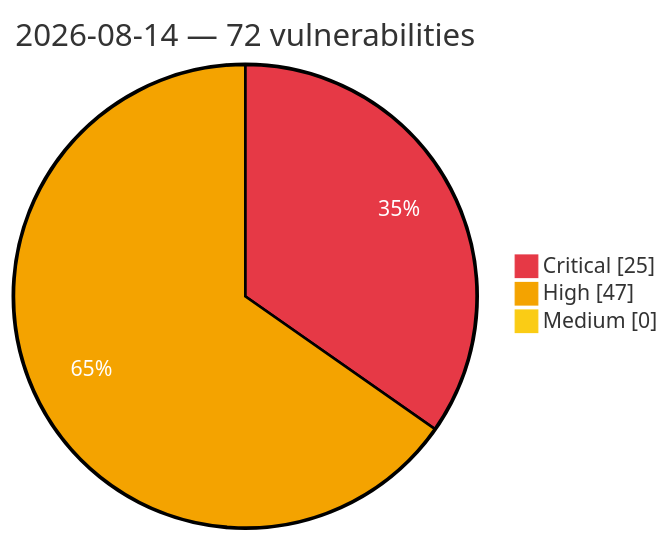
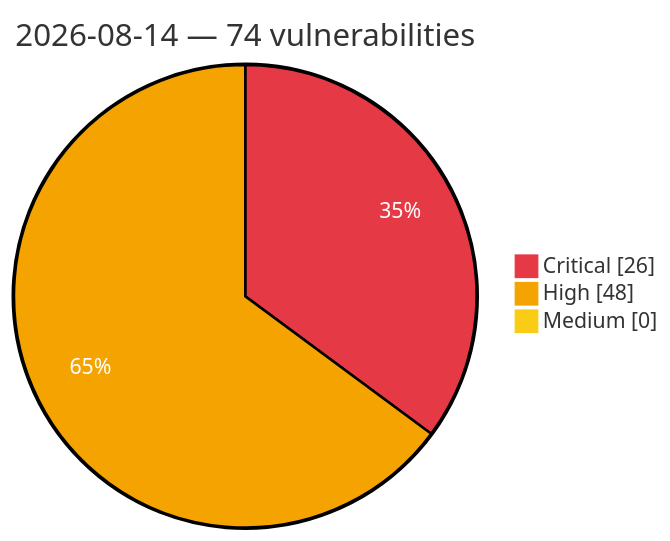
The diagram in vulnerabilities/2026/August/2026-08-14.md (GhostX0X/vuln-tracker), drawn with Mermaid before and after one commit. The commit also changed other lines of this file and 5 other files, not shown here.

Commit message:
Auto update: critical/high vulns (2026-08-14 22:20 UTC)

````diff
--- a/vulnerabilities/2026/August/2026-08-14.md
+++ b/vulnerabilities/2026/August/2026-08-14.md
@@ -3,8 +3,8 @@
 ```mermaid
 %%{init: {'theme':'base', 'themeVariables': {'pie1':'#e63946', 'pie2':'#f4a300', 'pie3':'#facc15', 'pieOpacity':'1', 'pieOuterStrokeWidth':'2px', 'pieSectionTextColor':'#ffffff'}}}%%
 pie showData
-    title 2026-08-14 — 72 vulnerabilities
-    "Critical" : 25
-    "High" : 47
+    title 2026-08-14 — 74 vulnerabilities
+    "Critical" : 26
+    "High" : 48
     "Medium" : 0
 ```
````
